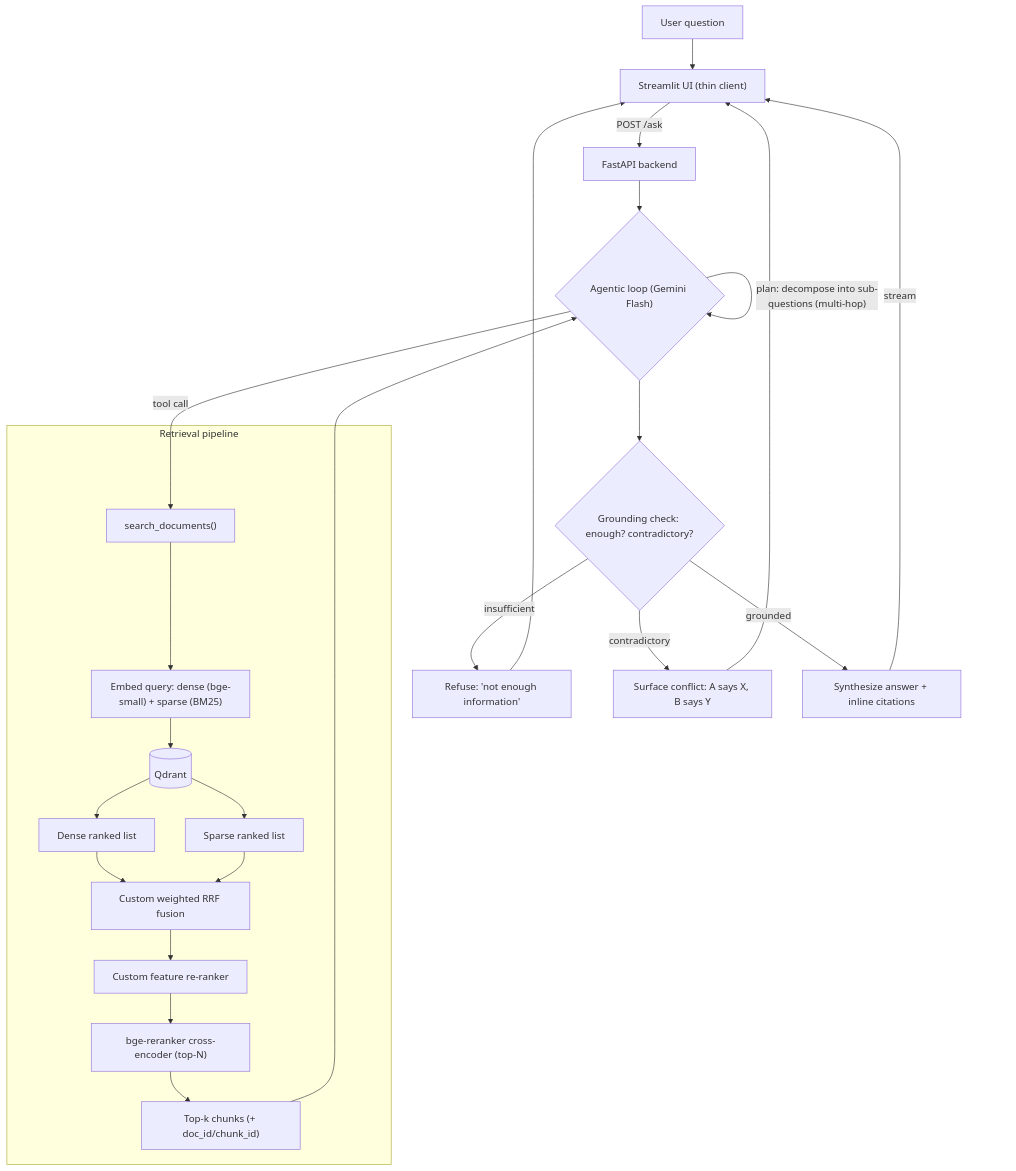
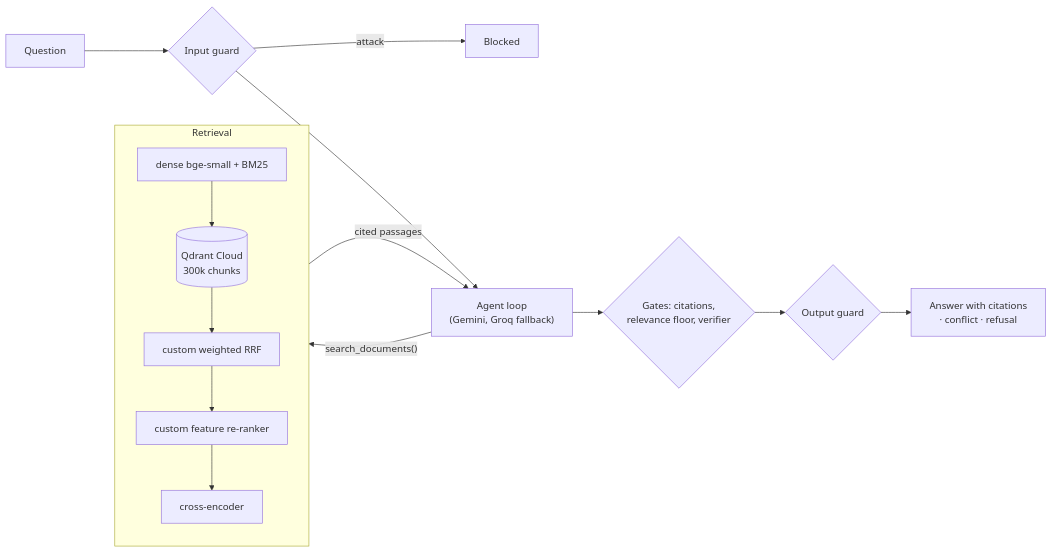
Before and after one commit to Pistolmani/project-x: the diagram in README.md, drawn with Mermaid. The commit also changed other lines of this file and 4 other files, not shown here.

````diff
--- a/README.md
+++ b/README.md
@@ -19,29 +25,16 @@
 ```mermaid
-flowchart TD
-    U["User question"] --> UI["Streamlit UI (thin client)"]
-    UI -->|"POST /ask"| API["FastAPI backend"]
-    API --> AG{"Agentic loop (Gemini Flash)"}
-    AG -->|"plan: decompose into sub-questions (multi-hop)"| AG
-    AG -->|"tool call"| T["search_documents()"]
-
-    subgraph RET["Retrieval pipeline"]
-      T --> QE["Embed query: dense (bge-small) + sparse (BM25)"]
-      QE --> VDB[("Qdrant")]
-      VDB --> DL["Dense ranked list"]
-      VDB --> SL["Sparse ranked list"]
-      DL --> RRF["Custom weighted RRF fusion"]
-      SL --> RRF
-      RRF --> FR["Custom feature re-ranker"]
-      FR --> CE["bge-reranker cross-encoder (top-N)"]
-      CE --> TK["Top-k chunks (+ doc_id/chunk_id)"]
+flowchart LR
+    Q["Question"] --> IG{"Input guard"}
+    IG -->|attack| B["Blocked"]
+    IG --> AG["Agent loop<br/>(Gemini, Groq fallback)"]
+    AG -->|"search_documents()"| R
+    subgraph R["Retrieval"]
+      direction TB
+      E["dense bge-small + BM25"] --> QD[("Qdrant Cloud<br/>300k chunks")]
+      QD --> F["custom weighted RRF"] --> FR["custom feature re-ranker"] --> CE["cross-encoder"]
     end
-
-    TK --> AG
-    AG --> GC{"Grounding check: enough? contradictory?"}
-    GC -->|"insufficient"| REF["Refuse: 'not enough information'"]
-    GC -->|"contradictory"| CON["Surface conflict: A says X, B says Y"]
-    GC -->|"grounded"| SYN["Synthesize answer + inline citations"]
-    REF --> UI
-    CON --> UI
-    SYN -->|"stream"| UI
+    R -->|"cited passages"| AG
+    AG --> G{"Gates: citations,<br/>relevance floor, verifier"}
+    G --> OG{"Output guard"}
+    OG --> A["Answer with citations<br/>· conflict · refusal"]
 ```
````
